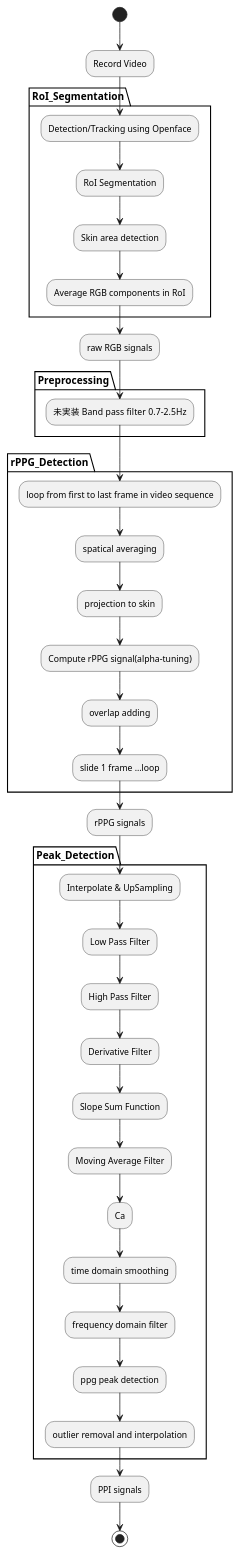
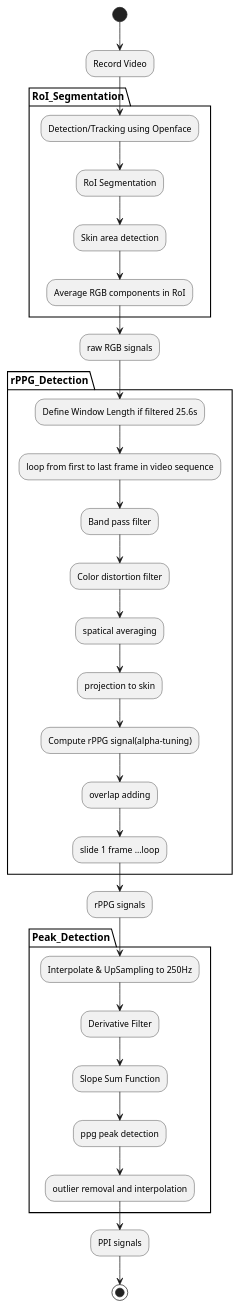
One commit to zhujiangzhijia/rPPG_master changed the diagram in doc/pos_process_flow.pu. Above: the diagram before and after it, drawn with PlantUML. The commit also changed 52 other files, not shown here.

```diff
--- a/doc/pos_process_flow.pu
+++ b/doc/pos_process_flow.pu
@@ -1,43 +1,35 @@
 @startuml
 
 (*) --> "Record Video"
 partition RoI_Segmentation {
 --> "Detection/Tracking using Openface"
 --> "RoI Segmentation"
 --> "Skin area detection"
 --> "Average RGB components in RoI"
 }
 --> "raw RGB signals"
-
-partition Preprocessing {
- --> "未実装 Band pass filter  0.7-2.5Hz"
-}
-
 partition rPPG_Detection {
+--> "Define Window Length if filtered 25.6s"
 --> "loop from first to last frame in video sequence"
+--> "Band pass filter"
+--> "Color distortion filter"
 --> "spatical averaging"
 --> "projection to skin"
 --> "Compute rPPG signal(alpha-tuning)"
 --> "overlap adding"
 --> "slide 1 frame ...loop"
 }
 --> "rPPG signals"
 ' //https://www.ncbi.nlm.nih.gov/pmc/articles/PMC5175543/
 ' // https://www.renesas.com/jp/ja/doc/products/mpumcu/apn/rl78/003/r11an0389jj0100-bsspf-apl.pdf
+
 partition Peak_Detection {
---> "Interpolate & UpSampling"
---> "Low Pass Filter"
---> "High Pass Filter"
+--> "Interpolate & UpSampling to 250Hz"
 --> "Derivative Filter"
 --> "Slope Sum Function"
---> "Moving Average Filter"
---> "Ca"
---> "time domain smoothing"
---> "frequency domain filter"
 --> "ppg peak detection"
 --> "outlier removal and interpolation"
 }
 --> "PPI signals"
-
 --> (*)
 @enduml
```
